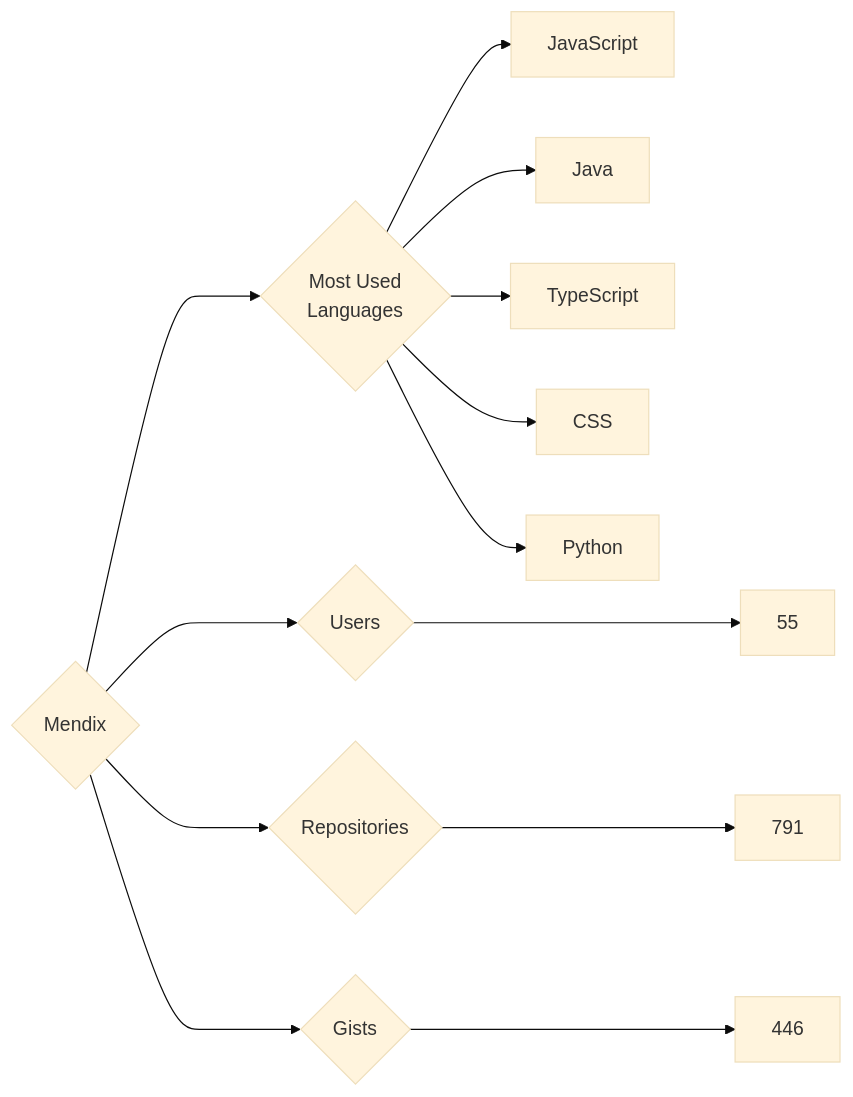
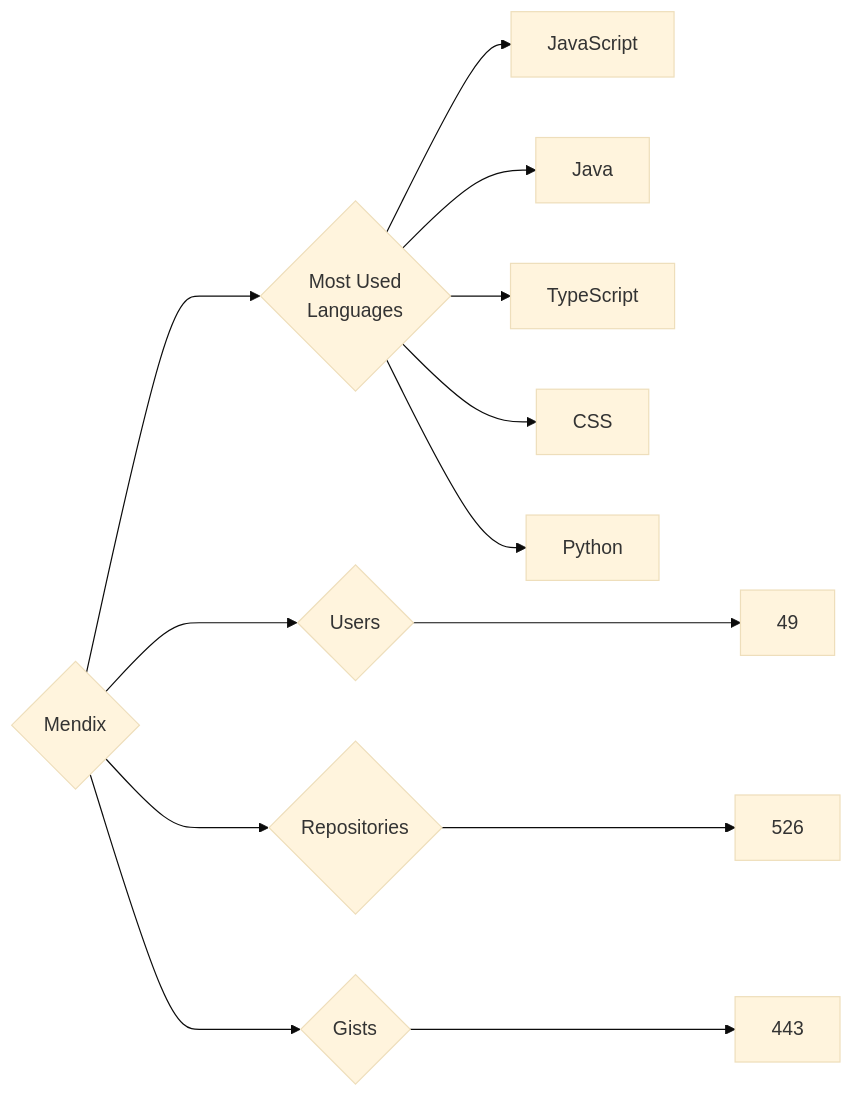
One commit to trickest/insiders changed the diagram in targets/Mendix/README.md. Above: the diagram before and after it, drawn with Mermaid (base theme). The commit also changed 851 other files, not shown here.

````diff
--- a/targets/Mendix/README.md
+++ b/targets/Mendix/README.md
@@ -3,13 +3,13 @@
 ```mermaid
 graph LR
 COMPANY_NAME{Mendix}
-COMPANY_NAME ---> U{Users} ---> UN[55]
-COMPANY_NAME ---> R{Repositories} ---> RN[791]
-COMPANY_NAME ---> G{Gists} ---> GN[446]
+COMPANY_NAME ---> U{Users} ---> UN[49]
+COMPANY_NAME ---> R{Repositories} ---> RN[526]
+COMPANY_NAME ---> G{Gists} ---> GN[443]
 COMPANY_NAME ---> ML{Most Used<br>Languages}
 ML --> JavaScript[JavaScript]
 ML --> Java[Java]
 ML --> TypeScript[TypeScript]
 ML --> CSS[CSS]
 ML --> Python[Python]
 ```
````
